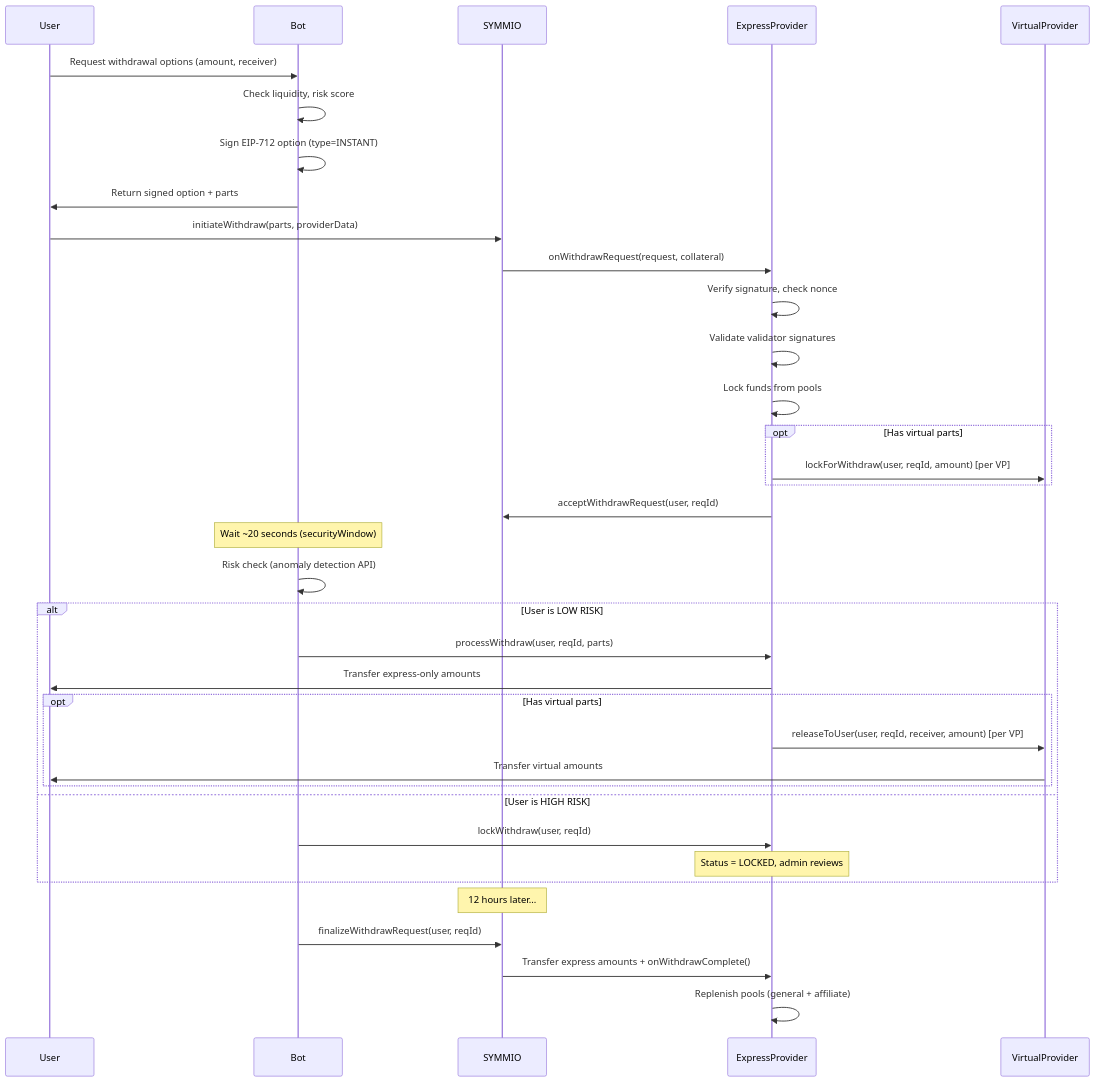
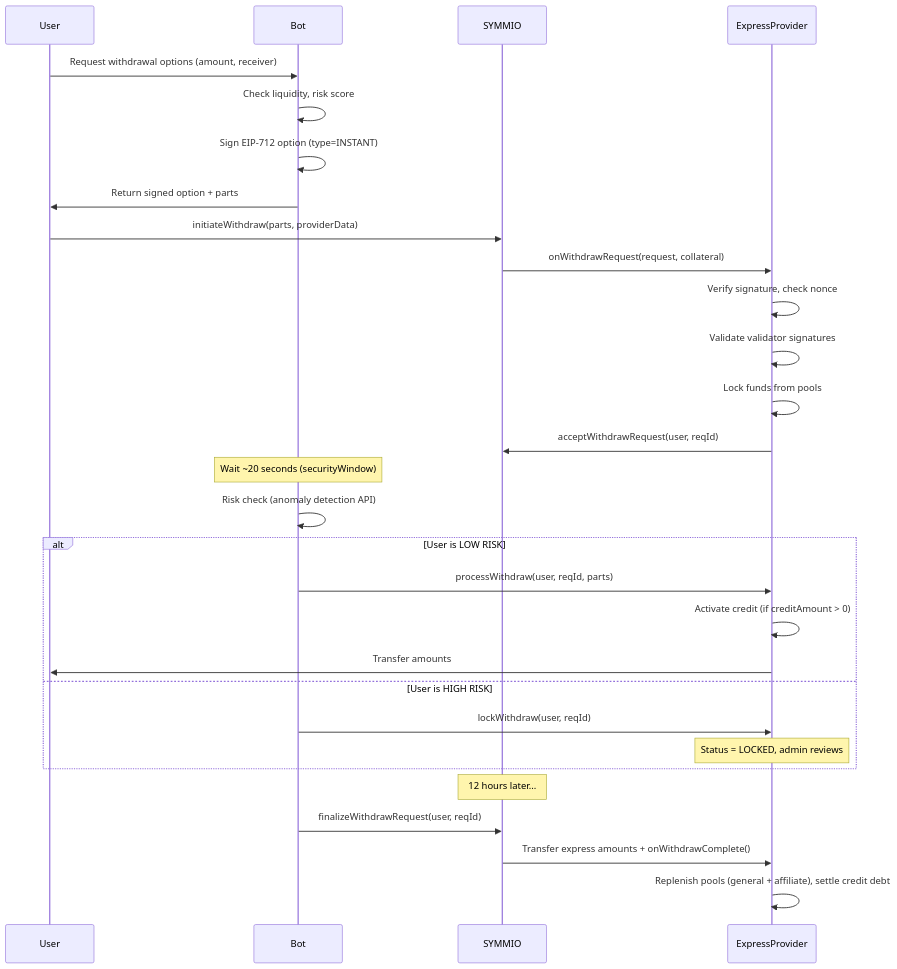
One commit to SYMM-IO/perps-core changed the seventh of 16 diagrams in docs/v0.8.6/express-withdrawal-system-design.md. Above: the diagram before and after it, drawn with Mermaid. The commit also changed other lines of this file and 9 other files, not shown here.

Commit message:
docs: replace VirtualProvider with Credit Line system in express provider docs

````diff
--- a/docs/v0.8.6/express-withdrawal-system-design.md
+++ b/docs/v0.8.6/express-withdrawal-system-design.md
@@ -471,43 +483,35 @@
 ```mermaid
 sequenceDiagram
     participant User
     participant Bot
     participant SYMMIO
     participant Express as ExpressProvider
-    participant Virtual as VirtualProvider
-
     User->>Bot: Request withdrawal options (amount, receiver)
     Bot->>Bot: Check liquidity, risk score
     Bot->>Bot: Sign EIP-712 option (type=INSTANT)
     Bot->>User: Return signed option + parts
 
     User->>SYMMIO: initiateWithdraw(parts, providerData)
     SYMMIO->>Express: onWithdrawRequest(request, collateral)
     Express->>Express: Verify signature, check nonce
     Express->>Express: Validate validator signatures
     Express->>Express: Lock funds from pools
-    opt Has virtual parts
-        Express->>Virtual: lockForWithdraw(user, reqId, amount) [per VP]
-    end
     Express->>SYMMIO: acceptWithdrawRequest(user, reqId)
 
     Note over Bot: Wait ~20 seconds (securityWindow)
     Bot->>Bot: Risk check (anomaly detection API)
 
     alt User is LOW RISK
         Bot->>Express: processWithdraw(user, reqId, parts)
-        Express->>User: Transfer express-only amounts
-        opt Has virtual parts
-            Express->>Virtual: releaseToUser(user, reqId, receiver, amount) [per VP]
-            Virtual->>User: Transfer virtual amounts
-        end
+        Express->>Express: Activate credit (if creditAmount > 0)
+        Express->>User: Transfer amounts
     else User is HIGH RISK
         Bot->>Express: lockWithdraw(user, reqId)
         Note over Express: Status = LOCKED, admin reviews
     end
 
     Note over SYMMIO: 12 hours later...
     Bot->>SYMMIO: finalizeWithdrawRequest(user, reqId)
     SYMMIO->>Express: Transfer express amounts + onWithdrawComplete()
-    Express->>Express: Replenish pools (general + affiliate)
+    Express->>Express: Replenish pools (general + affiliate), settle credit debt
 ```
````
